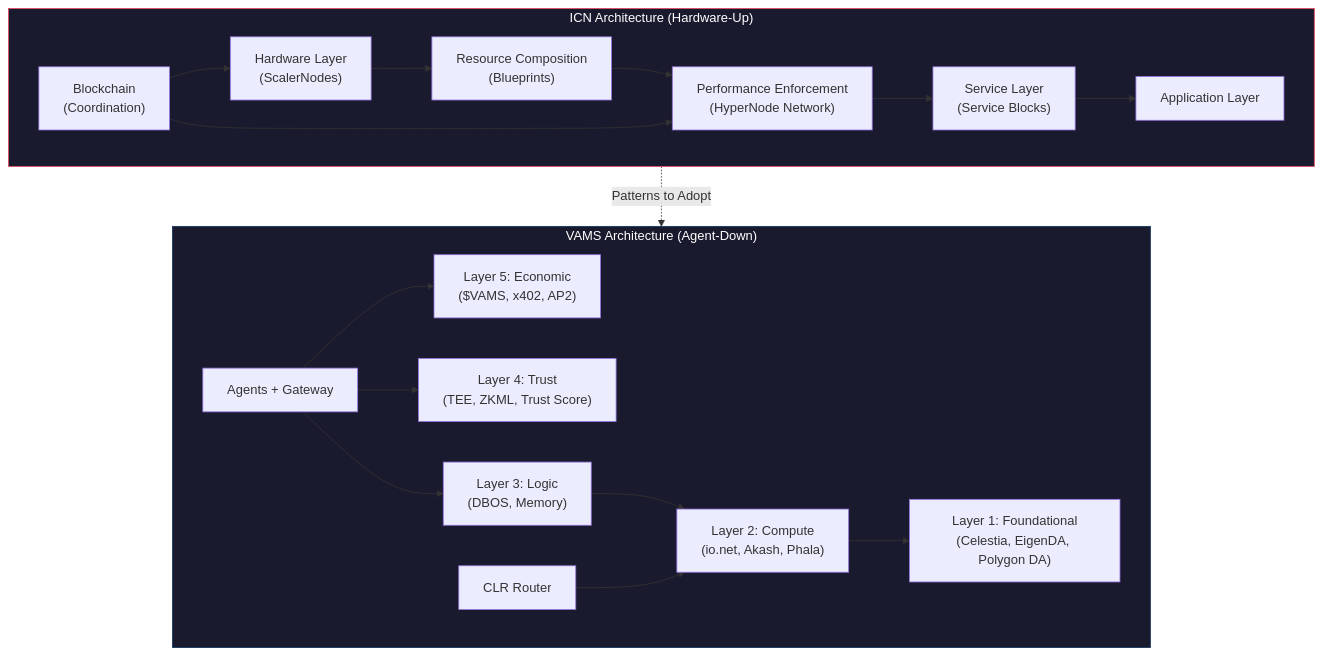
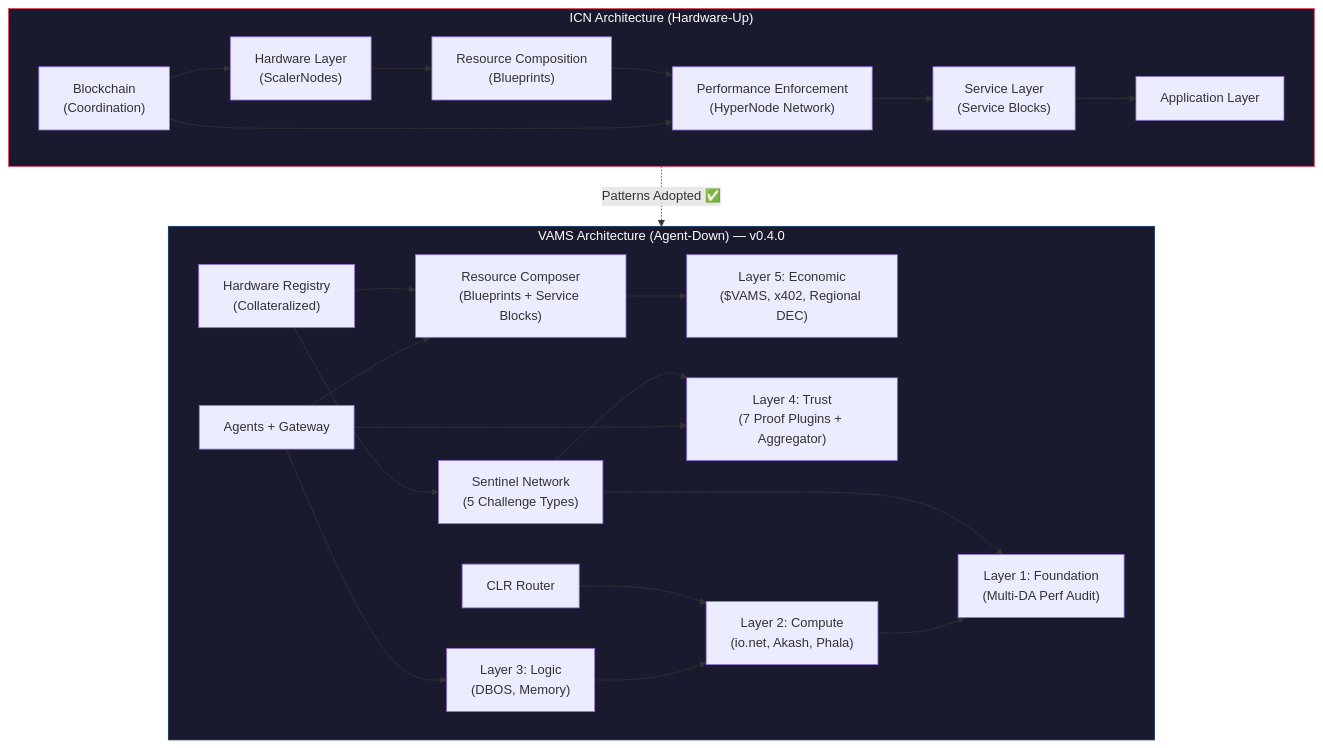
One commit to GodOfAgents/VAMS changed the diagram in docs/articles/icn-vams-architecture-improvement-analysis.md. Above: the diagram before and after it, drawn with Mermaid. The commit also changed other lines of this file and 81 other files, not shown here.

Commit message:
feat(icn): upgrade modular architecture to v1.0.0-icn

````diff
--- a/docs/articles/icn-vams-architecture-improvement-analysis.md
+++ b/docs/articles/icn-vams-architecture-improvement-analysis.md
@@ -425,25 +504,30 @@
 ```mermaid
 graph TB
     subgraph ICN["ICN Architecture (Hardware-Up)"]
         HW["Hardware Layer<br/>(ScalerNodes)"] --> RC["Resource Composition<br/>(Blueprints)"]
         RC --> PE["Performance Enforcement<br/>(HyperNode Network)"]
         PE --> SVC["Service Layer<br/>(Service Blocks)"]
         SVC --> APP["Application Layer"]
         BC["Blockchain<br/>(Coordination)"] --> HW
         BC --> PE
     end
     
-    subgraph VAMS["VAMS Architecture (Agent-Down)"]
-        AGT["Agents + Gateway"] --> L5["Layer 5: Economic<br/>($VAMS, x402, AP2)"]
-        AGT --> L4["Layer 4: Trust<br/>(TEE, ZKML, Trust Score)"]
+    subgraph VAMS["VAMS Architecture (Agent-Down) — v0.4.0"]
+        AGT["Agents + Gateway"] --> COMP["Resource Composer<br/>(Blueprints + Service Blocks)"]
+        COMP --> L5["Layer 5: Economic<br/>($VAMS, x402, Regional DEC)"]
+        AGT --> L4["Layer 4: Trust<br/>(7 Proof Plugins + Aggregator)"]
         AGT --> L3["Layer 3: Logic<br/>(DBOS, Memory)"]
         L3 --> L2["Layer 2: Compute<br/>(io.net, Akash, Phala)"]
-        L2 --> L1["Layer 1: Foundational<br/>(Celestia, EigenDA, Polygon DA)"]
+        L2 --> L1["Layer 1: Foundation<br/>(Multi-DA Perf Audit)"]
+        SENT["Sentinel Network<br/>(5 Challenge Types)"] --> L1
+        SENT --> L4
         CLR["CLR Router"] --> L2
+        HR["Hardware Registry<br/>(Collateralized)"] --> COMP
+        HR --> SENT
     end
     
-    ICN -.->|"Patterns to Adopt"| VAMS
+    ICN -.->|"Patterns Adopted ✅"| VAMS
     
     style ICN fill:#1a1a2e,stroke:#e94560,color:#fff
     style VAMS fill:#1a1a2e,stroke:#0f3460,color:#fff
 ```
````
